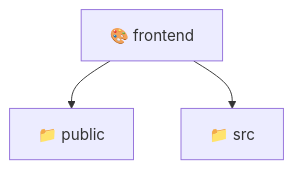
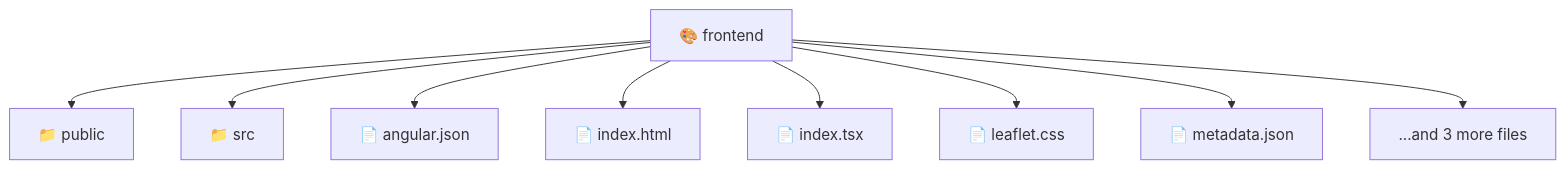
Before and after one commit to beginwebdev2002/fullstack-mavluda: the diagram in frontend/README.md, drawn with Mermaid. The commit also changed other lines of this file and 157 other files, not shown here.

First line of the commit message:
docs: generate localized readmes for architectural transparency

````diff
--- a/frontend/README.md
+++ b/frontend/README.md
@@ -9,6 +9,12 @@
 ```mermaid
 graph TD
   frontend["🎨 frontend"]
-  frontend --> public["📁 public"]
-  frontend --> src["📁 src"]
+  frontend --> frontend_public["📁 public"]
+  frontend --> frontend_src["📁 src"]
+  frontend --> frontend_angular_json["📄 angular.json"]
+  frontend --> frontend_index_html["📄 index.html"]
+  frontend --> frontend_index_tsx["📄 index.tsx"]
+  frontend --> frontend_leaflet_css["📄 leaflet.css"]
+  frontend --> frontend_metadata_json["📄 metadata.json"]
+  frontend --> frontend_more_files["...and 3 more files"]
 ```
````
